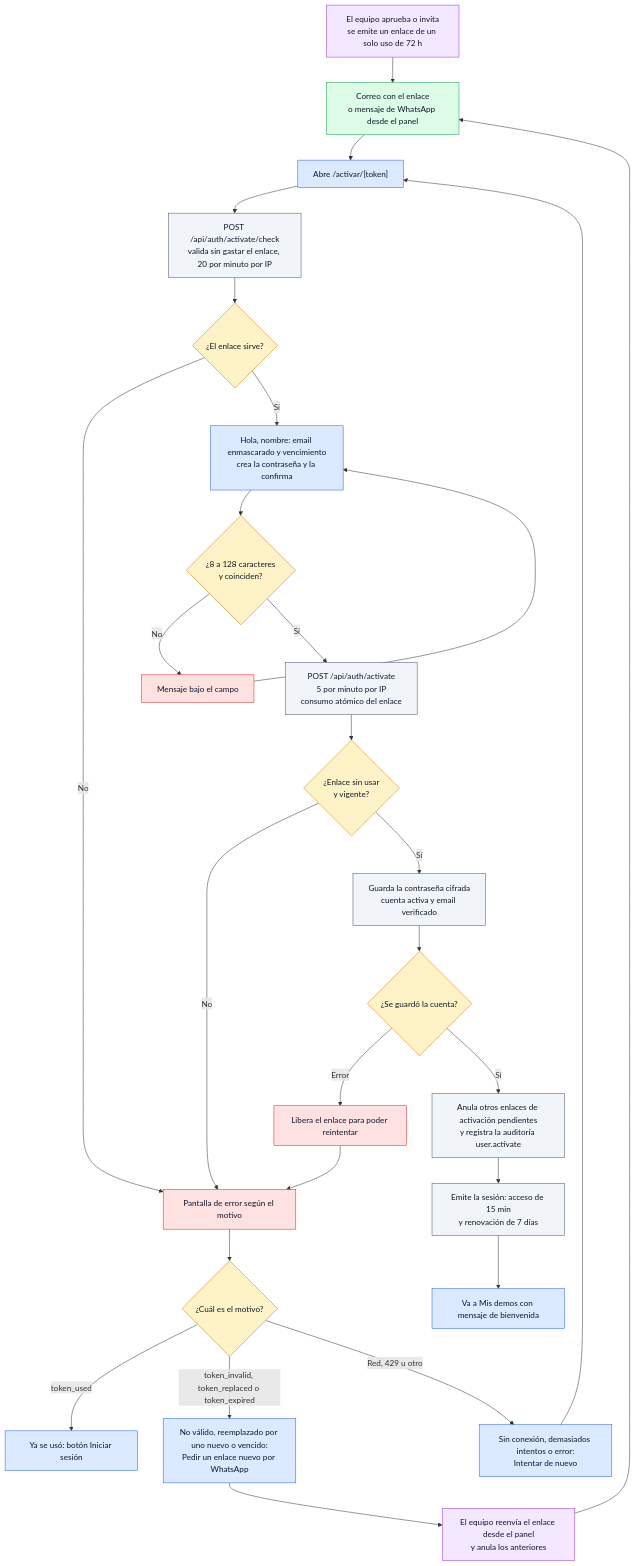
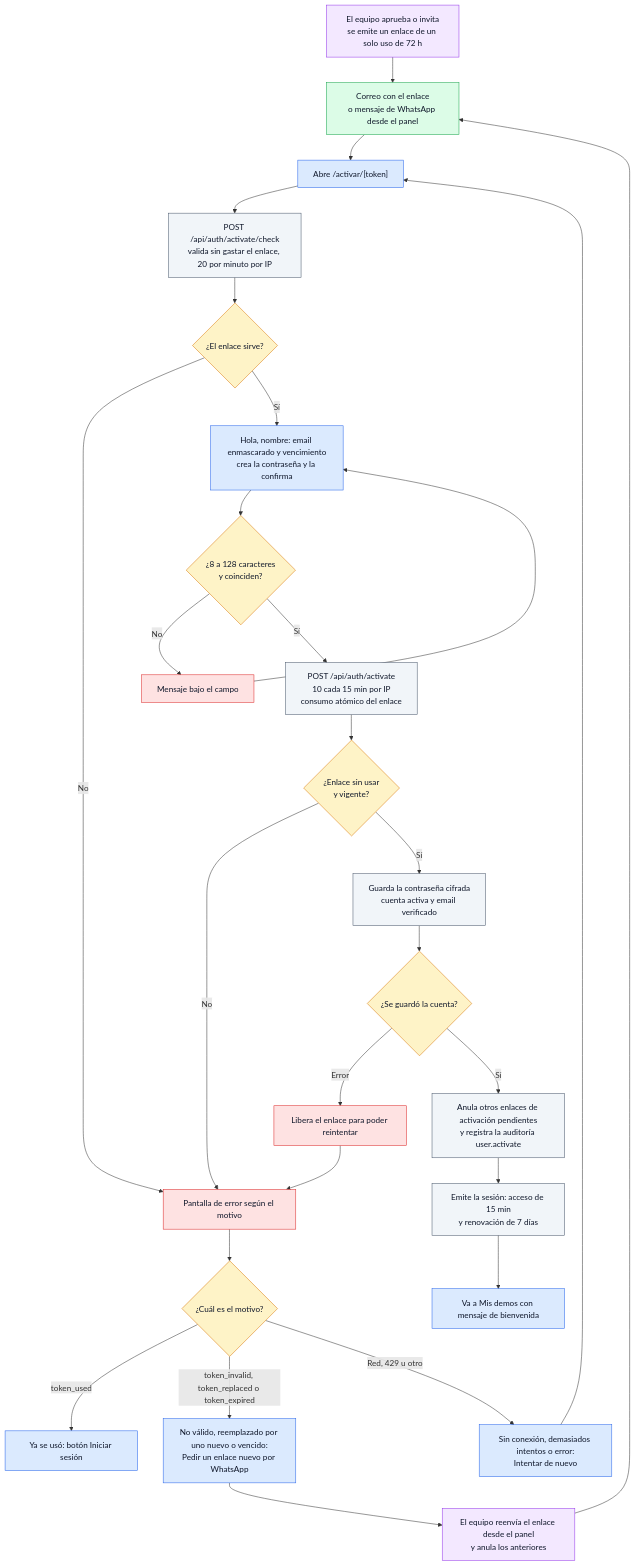
Before and after one commit to ronalc90/koptup: the sixth of 18 diagrams in docs/wiki/Doc-14-1-Flujos-de-Negocio.md, drawn with Mermaid. The commit also changed other lines of this file and 116 other files, not shown here.

````diff
--- a/docs/wiki/Doc-14-1-Flujos-de-Negocio.md
+++ b/docs/wiki/Doc-14-1-Flujos-de-Negocio.md
@@ -353,46 +353,46 @@
 ```mermaid
 flowchart TD
     classDef visitante fill:#dbeafe,stroke:#2563eb,color:#0f172a
     classDef sistema fill:#f1f5f9,stroke:#475569,color:#0f172a
     classDef admin fill:#f3e8ff,stroke:#9333ea,color:#0f172a
     classDef aviso fill:#dcfce7,stroke:#16a34a,color:#0f172a
     classDef decision fill:#fef3c7,stroke:#d97706,color:#0f172a
     classDef error fill:#fee2e2,stroke:#dc2626,color:#0f172a
     classDef externo fill:#fdf4ff,stroke:#c026d3,color:#0f172a
 
     A0["El equipo aprueba o invita<br/>se emite un enlace de un solo uso de 72 h"]:::admin
     A1["Correo con el enlace<br/>o mensaje de WhatsApp desde el panel"]:::aviso
     A2["Abre /activar/[token]"]:::visitante
     C1["POST /api/auth/activate/check<br/>valida sin gastar el enlace, 20 por minuto por IP"]:::sistema
     Q1{"¿El enlace sirve?"}:::decision
     ERR["Pantalla de error según el motivo"]:::error
     Q2{"¿Cuál es el motivo?"}:::decision
     U1["Ya se usó: botón Iniciar sesión"]:::visitante
     U2["No válido, reemplazado por uno nuevo o vencido:<br/>Pedir un enlace nuevo por WhatsApp"]:::visitante
     U3["Sin conexión, demasiados intentos o error:<br/>Intentar de nuevo"]:::visitante
     RS["El equipo reenvía el enlace desde el panel<br/>y anula los anteriores"]:::admin
     F1["Hola, nombre: email enmascarado y vencimiento<br/>crea la contraseña y la confirma"]:::visitante
     Q3{"¿8 a 128 caracteres<br/>y coinciden?"}:::decision
     E3["Mensaje bajo el campo"]:::error
-    P1["POST /api/auth/activate<br/>5 por minuto por IP<br/>consumo atómico del enlace"]:::sistema
+    P1["POST /api/auth/activate<br/>10 cada 15 min por IP<br/>consumo atómico del enlace"]:::sistema
     Q4{"¿Enlace sin usar<br/>y vigente?"}:::decision
     S1["Guarda la contraseña cifrada<br/>cuenta activa y email verificado"]:::sistema
     Q5{"¿Se guardó la cuenta?"}:::decision
     REL["Libera el enlace para poder reintentar"]:::error
     S2["Anula otros enlaces de activación pendientes<br/>y registra la auditoría user.activate"]:::sistema
     S3["Emite la sesión: acceso de 15 min<br/>y renovación de 7 días"]:::sistema
     OK["Va a Mis demos con mensaje de bienvenida"]:::visitante
 
     A0 --> A1 --> A2 --> C1 --> Q1
     Q1 -->|No| ERR --> Q2
     Q1 -->|Sí| F1 --> Q3
     Q2 -->|token_used| U1
     Q2 -->|token_invalid, token_replaced o token_expired| U2 --> RS --> A1
     Q2 -->|Red, 429 u otro| U3 --> A2
     Q3 -->|No| E3 --> F1
     Q3 -->|Sí| P1 --> Q4
     Q4 -->|No| ERR
     Q4 -->|Sí| S1 --> Q5
     Q5 -->|Error| REL --> ERR
     Q5 -->|Sí| S2 --> S3 --> OK
 ```
````
